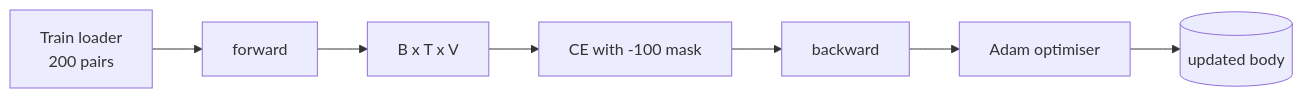
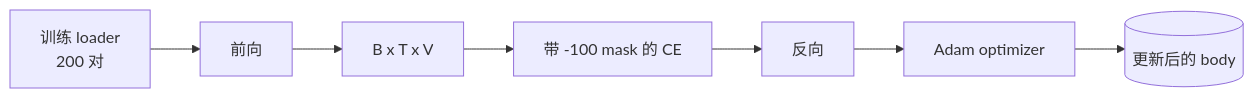
Before and after one commit to JerryC8080/ai-engineering-from-scratch-zh: the third of 3 diagrams in phases/19-capstone-projects/39-instruction-tuning-sft/docs/zh.md, drawn with Mermaid. The commit also changed other lines of this file and 156 other files, not shown here.

First line of the commit message:
i18n(zh): translate mermaid diagram labels in 157 lesson zh.md

````diff
--- a/phases/19-capstone-projects/39-instruction-tuning-sft/docs/zh.md
+++ b/phases/19-capstone-projects/39-instruction-tuning-sft/docs/zh.md
@@ -95,9 +95,9 @@
 ```mermaid
 flowchart LR
-  DL[Train loader<br/>200 pairs] --> Fwd[forward]
+  DL[训练 loader<br/>200 对] --> Fwd[前向]
   Fwd --> Logits[B x T x V]
-  Logits --> Loss[CE with -100 mask]
-  Loss --> Bwd[backward]
-  Bwd --> Opt[Adam optimiser]
-  Opt --> Body[(updated body)]
+  Logits --> Loss[带 -100 mask 的 CE]
+  Loss --> Bwd[反向]
+  Bwd --> Opt[Adam optimizer]
+  Opt --> Body[(更新后的 body)]
 ```
````
